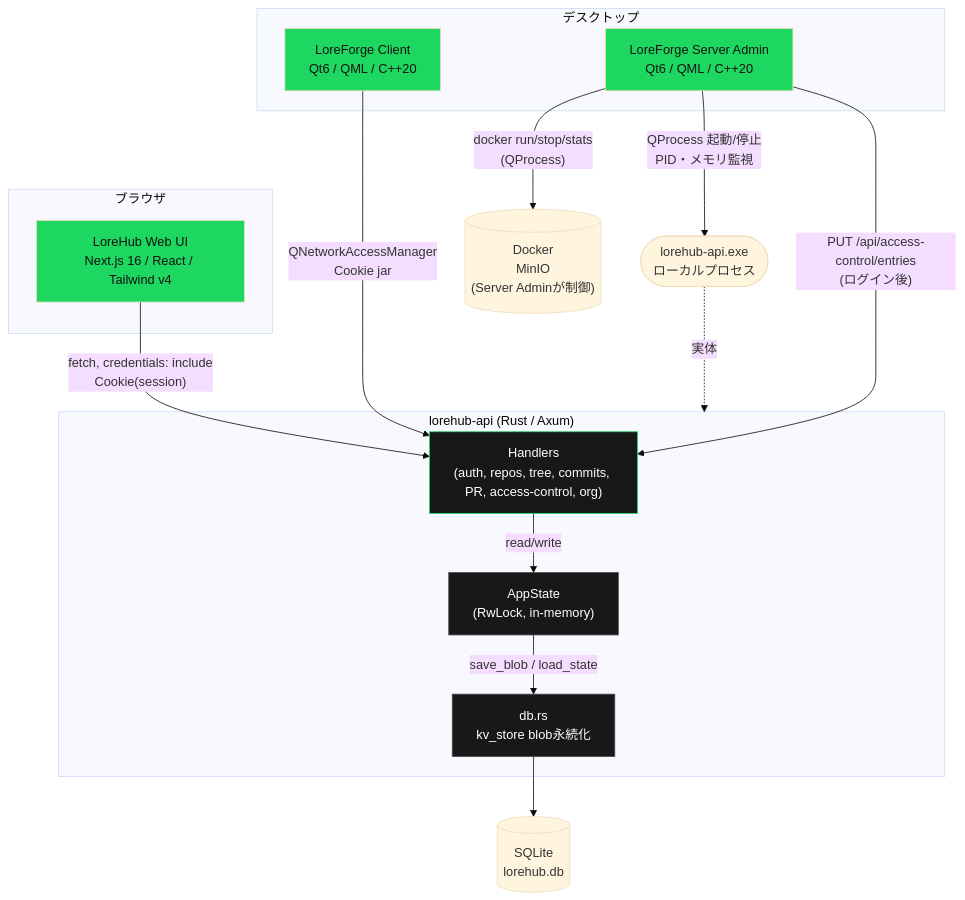
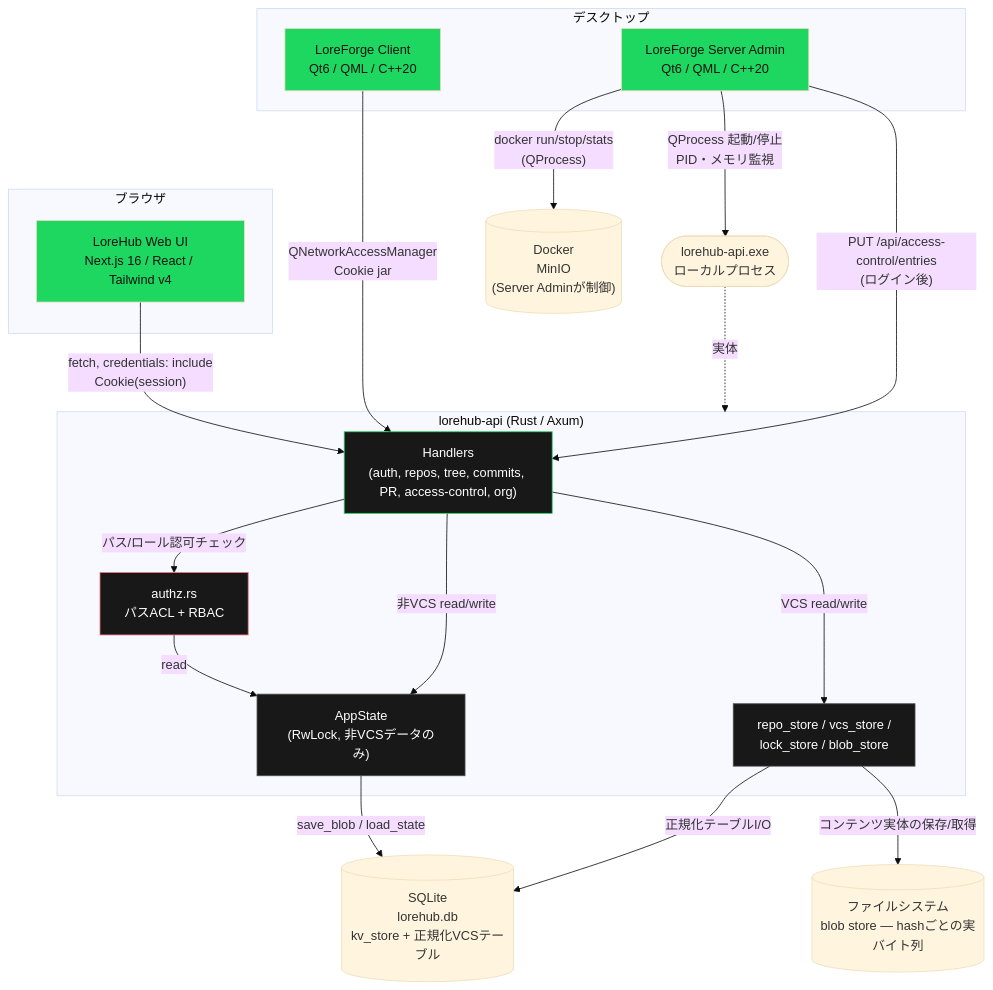
Before and after one commit to manato1201/LoreDesktopAndWebSystem: the first of 12 diagrams in docs/ARCHITECTURE_AND_DESIGN.md, drawn with Mermaid (base theme). The commit also changed other lines of this file and 4 other files, not shown here.

````diff
--- a/docs/ARCHITECTURE_AND_DESIGN.md
+++ b/docs/ARCHITECTURE_AND_DESIGN.md
@@ -19,38 +19,45 @@
 ```mermaid
 graph TB
     subgraph Browser["ブラウザ"]
         WebUI["LoreHub Web UI<br/>Next.js 16 / React / Tailwind v4"]
     end
 
     subgraph Desktop["デスクトップ"]
         Client["LoreForge Client<br/>Qt6 / QML / C++20"]
         ServerAdmin["LoreForge Server Admin<br/>Qt6 / QML / C++20"]
     end
 
     subgraph Backend["lorehub-api (Rust / Axum)"]
         Handlers["Handlers<br/>(auth, repos, tree, commits, PR, access-control, org)"]
-        AppState["AppState<br/>(RwLock, in-memory)"]
-        DB["db.rs<br/>kv_store blob永続化"]
+        Authz["authz.rs<br/>パスACL + RBAC"]
+        AppState["AppState<br/>(RwLock, 非VCSデータのみ)"]
+        VcsStore["repo_store / vcs_store /<br/>lock_store / blob_store"]
     end
 
-    SQLite[("SQLite<br/>lorehub.db")]
+    SQLite[("SQLite<br/>lorehub.db<br/>kv_store + 正規化VCSテーブル")]
+    Blobs[("ファイルシステム<br/>blob store — hashごとの実バイト列")]
     Docker[("Docker<br/>MinIO<br/>(Server Adminが制御)")]
     ServerProc(["lorehub-api.exe<br/>ローカルプロセス"])
 
     WebUI -- "fetch, credentials: include<br/>Cookie(session)" --> Handlers
     Client -- "QNetworkAccessManager<br/>Cookie jar" --> Handlers
-    Handlers -- "read/write" --> AppState
-    AppState -- "save_blob / load_state" --> DB
-    DB --> SQLite
+    Handlers -- "パス/ロール認可チェック" --> Authz
+    Authz -- "read" --> AppState
+    Handlers -- "非VCS read/write" --> AppState
+    Handlers -- "VCS read/write" --> VcsStore
+    AppState -- "save_blob / load_state" --> SQLite
+    VcsStore -- "正規化テーブルI/O" --> SQLite
+    VcsStore -- "コンテンツ実体の保存/取得" --> Blobs
     ServerAdmin -- "docker run/stop/stats<br/>(QProcess)" --> Docker
     ServerAdmin -- "QProcess 起動/停止<br/>PID・メモリ監視" --> ServerProc
     ServerAdmin -- "PUT /api/access-control/entries<br/>(ログイン後)" --> Handlers
     ServerProc -.->|"実体"| Backend
 
     style WebUI fill:#1ed760,color:#121212
     style Client fill:#1ed760,color:#121212
     style ServerAdmin fill:#1ed760,color:#121212
     style Handlers fill:#181818,color:#fff,stroke:#1ed760
+    style Authz fill:#181818,color:#fff,stroke:#f3727f
     style AppState fill:#181818,color:#fff,stroke:#4d4d4d
-    style DB fill:#181818,color:#fff,stroke:#4d4d4d
+    style VcsStore fill:#181818,color:#fff,stroke:#4d4d4d
 ```
````
